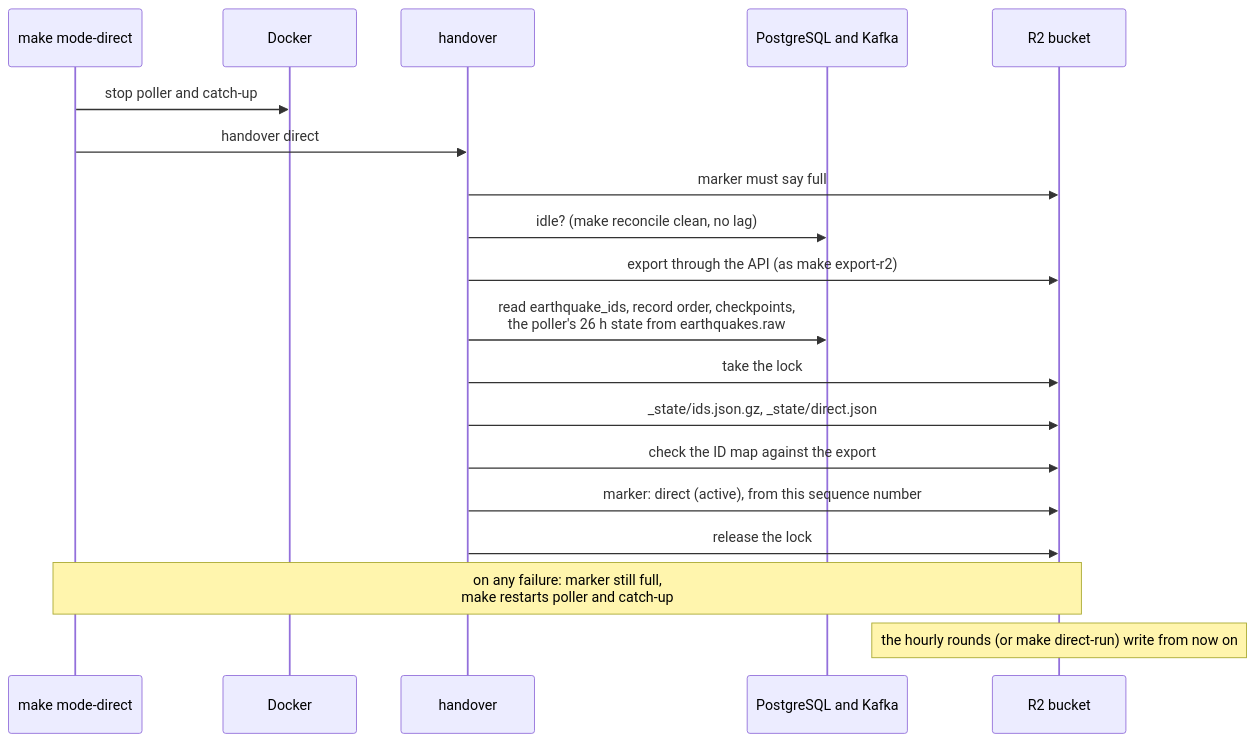
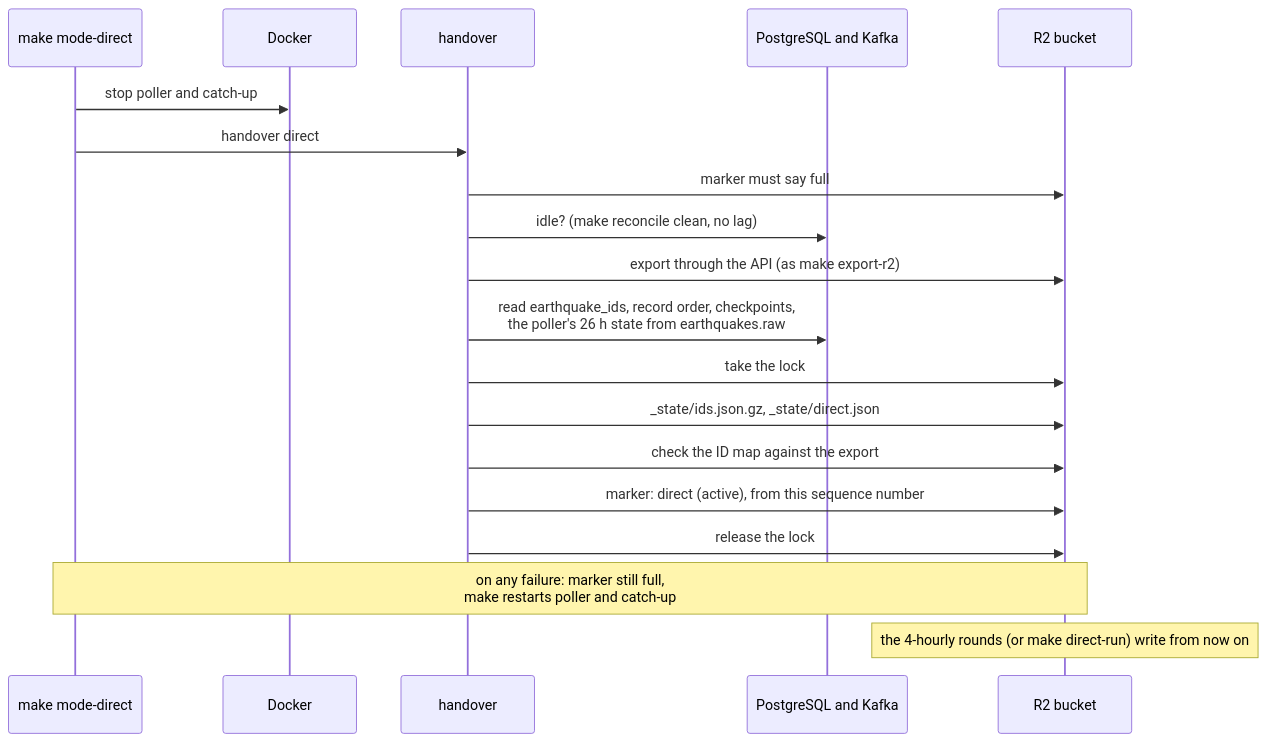
Before and after one commit to dienarvaez1/earth-hub: the fifth of 8 diagrams in docs/technical/architecture.md, drawn with Mermaid. The commit also changed other lines of this file and 33 other files, not shown here.

First line of the commit message:
feat: /eh-reconcile for any range by day, month or year; direct rounds every 4 hours; DEF-066 and DEF-067 (open); DEF-064/065 fixed in #69 (#70)

````diff
--- a/docs/technical/architecture.md
+++ b/docs/technical/architecture.md
@@ -265,21 +265,21 @@
 ```mermaid
 sequenceDiagram
     participant M as make mode-direct
     participant D as Docker
     participant H as handover
     participant P as PostgreSQL and Kafka
     participant R as R2 bucket
     M->>D: stop poller and catch-up
     M->>H: handover direct
     H->>R: marker must say full
     H->>P: idle? (make reconcile clean, no lag)
     H->>R: export through the API (as make export-r2)
     H->>P: read earthquake_ids, record order, checkpoints,<br/>the poller's 26 h state from earthquakes.raw
     H->>R: take the lock
     H->>R: _state/ids.json.gz, _state/direct.json
     H->>R: check the ID map against the export
     H->>R: marker: direct (active), from this sequence number
     H->>R: release the lock
     Note over M,R: on any failure: marker still full,<br/>make restarts poller and catch-up
-    Note over R: the hourly rounds (or make direct-run) write from now on
+    Note over R: the 4-hourly rounds (or make direct-run) write from now on
 ```
````
